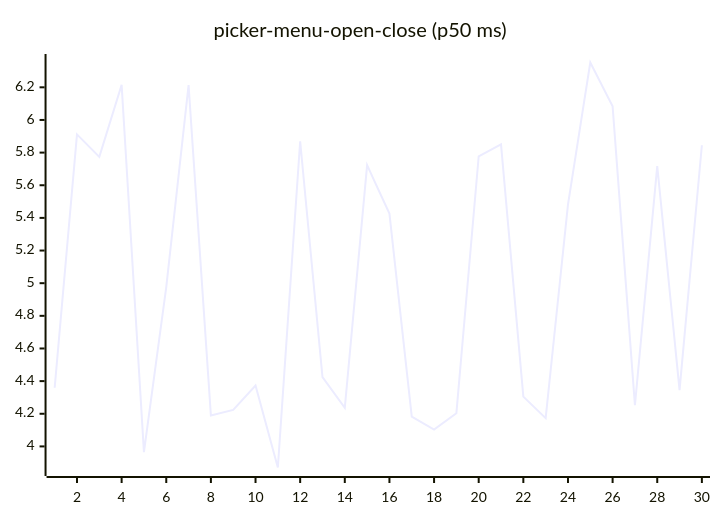
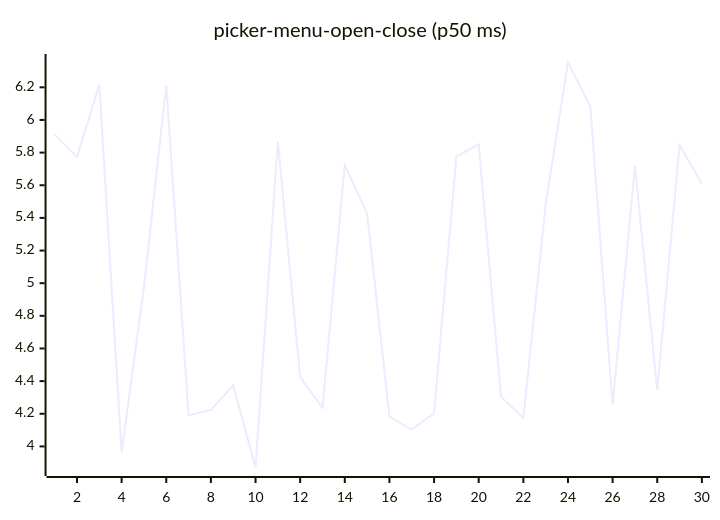
One commit to josha/Facet changed diagram 16 of 27 in README.md. Above: the diagram before and after it, drawn with Mermaid. The commit also changed other lines of this file and 2 other files, not shown here.

````diff
--- a/README.md
+++ b/README.md
@@ -168,6 +168,6 @@
 ```mermaid
 xychart-beta
     title "picker-menu-open-close (p50 ms)"
     x-axis 1 --> 30
-    line [4.3593, 5.9114, 5.7740, 6.2151, 3.9652, 4.9760, 6.2132, 4.1891, 4.2236, 4.3733, 3.8708, 5.8694, 4.4248, 4.2362, 5.7230, 5.4264, 4.1828, 4.1028, 4.2034, 5.7775, 5.8503, 4.3049, 4.1731, 5.4814, 6.3520, 6.0839, 4.2522, 5.7175, 4.3452, 5.8449]
+    line [5.9114, 5.7740, 6.2151, 3.9652, 4.9760, 6.2132, 4.1891, 4.2236, 4.3733, 3.8708, 5.8694, 4.4248, 4.2362, 5.7230, 5.4264, 4.1828, 4.1028, 4.2034, 5.7775, 5.8503, 4.3049, 4.1731, 5.4814, 6.3520, 6.0839, 4.2522, 5.7175, 4.3452, 5.8449, 5.6085]
 ```
````
